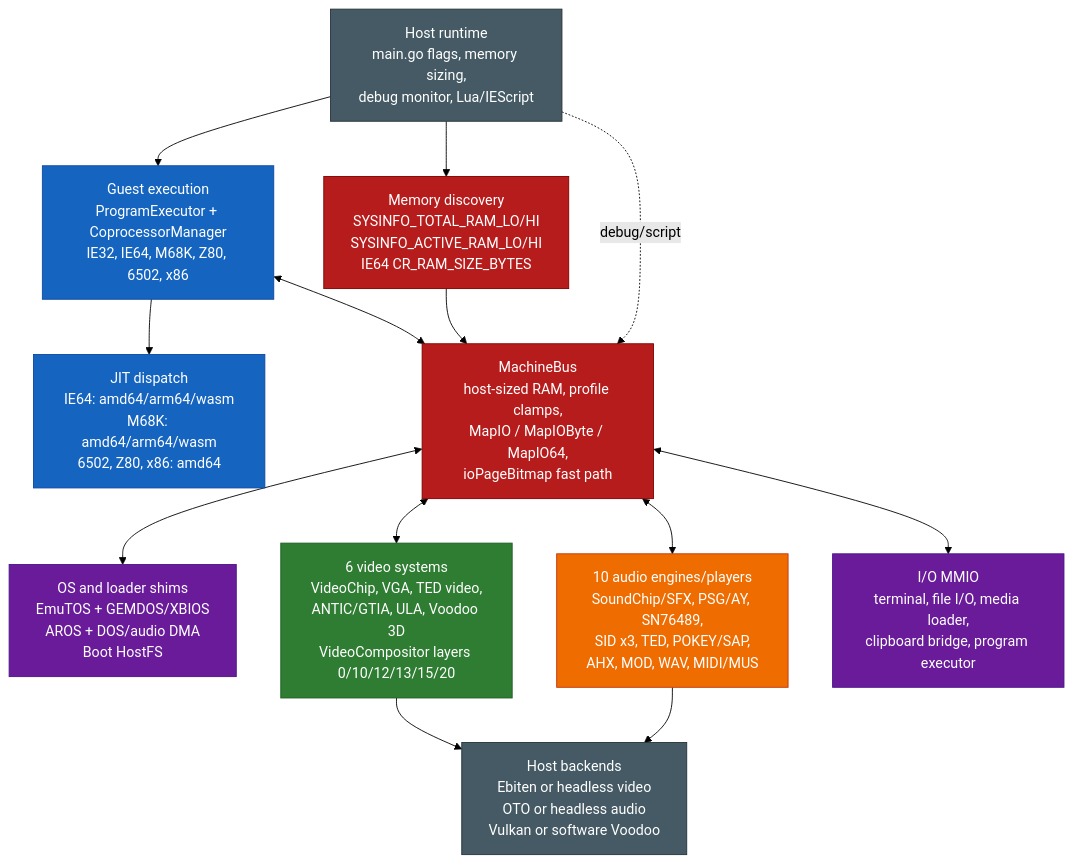
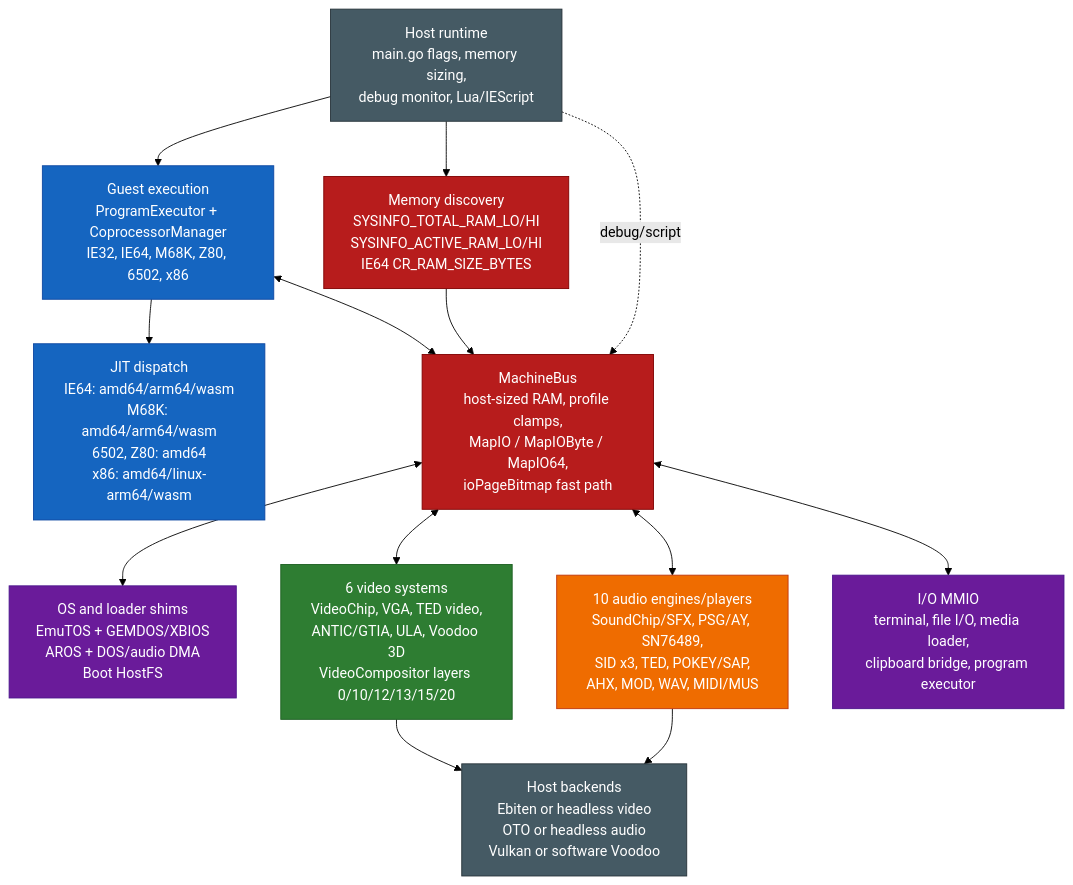
The second of 12 diagrams in sdk/docs/architecture.md (IntuitionAmiga/IntuitionEngine), drawn with Mermaid (forest theme) before and after one commit. The commit also changed other lines of this file and 29 other files, not shown here.

````diff
--- a/sdk/docs/architecture.md
+++ b/sdk/docs/architecture.md
@@ -288,40 +288,40 @@
 ```mermaid
 flowchart TB
     HOST["Host runtime<br/>main.go flags, memory sizing,<br/>debug monitor, Lua/IEScript"]
     EXEC["Guest execution<br/>ProgramExecutor + CoprocessorManager<br/>IE32, IE64, M68K, Z80, 6502, x86"]
-    JIT["JIT dispatch<br/>IE64: amd64/arm64/wasm<br/>M68K: amd64/arm64/wasm<br/>6502, Z80, x86: amd64"]
+    JIT["JIT dispatch<br/>IE64: amd64/arm64/wasm<br/>M68K: amd64/arm64/wasm<br/>6502, Z80: amd64<br/>x86: amd64/linux-arm64/wasm"]
     BUS["MachineBus<br/>host-sized RAM, profile clamps,<br/>MapIO / MapIOByte / MapIO64,<br/>ioPageBitmap fast path"]
     MEM["Memory discovery<br/>SYSINFO_TOTAL_RAM_LO/HI<br/>SYSINFO_ACTIVE_RAM_LO/HI<br/>IE64 CR_RAM_SIZE_BYTES"]
     OS["OS and loader shims<br/>EmuTOS + GEMDOS/XBIOS<br/>AROS + DOS/audio DMA<br/>Boot HostFS"]
     VIDEO["6 video systems<br/>VideoChip, VGA, TED video,<br/>ANTIC/GTIA, ULA, Voodoo 3D<br/>VideoCompositor layers 0/10/12/13/15/20"]
     AUDIO["10 audio engines/players<br/>SoundChip/SFX, PSG/AY, SN76489,<br/>SID x3, TED, POKEY/SAP,<br/>AHX, MOD, WAV, MIDI/MUS"]
     IO["I/O MMIO<br/>terminal, file I/O, media loader,<br/>clipboard bridge, program executor"]
     BACKEND["Host backends<br/>Ebiten or headless video<br/>OTO or headless audio<br/>Vulkan or software Voodoo"]
 
     HOST --> EXEC
     HOST --> MEM
     EXEC --> JIT
     EXEC <--> BUS
     MEM --> BUS
     BUS <--> OS
     BUS <--> VIDEO
     BUS <--> AUDIO
     BUS <--> IO
     VIDEO --> BACKEND
     AUDIO --> BACKEND
     HOST -. debug/script .-> BUS
 
     classDef host fill:#455A64,stroke:#263238,color:#fff
     classDef cpu fill:#1565C0,stroke:#0D47A1,color:#fff
     classDef bus fill:#B71C1C,stroke:#7F0000,color:#fff
     classDef os fill:#6A1B9A,stroke:#4A148C,color:#fff
     classDef video fill:#2E7D32,stroke:#1B5E20,color:#fff
     classDef audio fill:#EF6C00,stroke:#BF360C,color:#fff
 
     class HOST,BACKEND host
     class EXEC,JIT cpu
     class BUS,MEM bus
     class OS,IO os
     class VIDEO video
     class AUDIO audio
 ```
````
